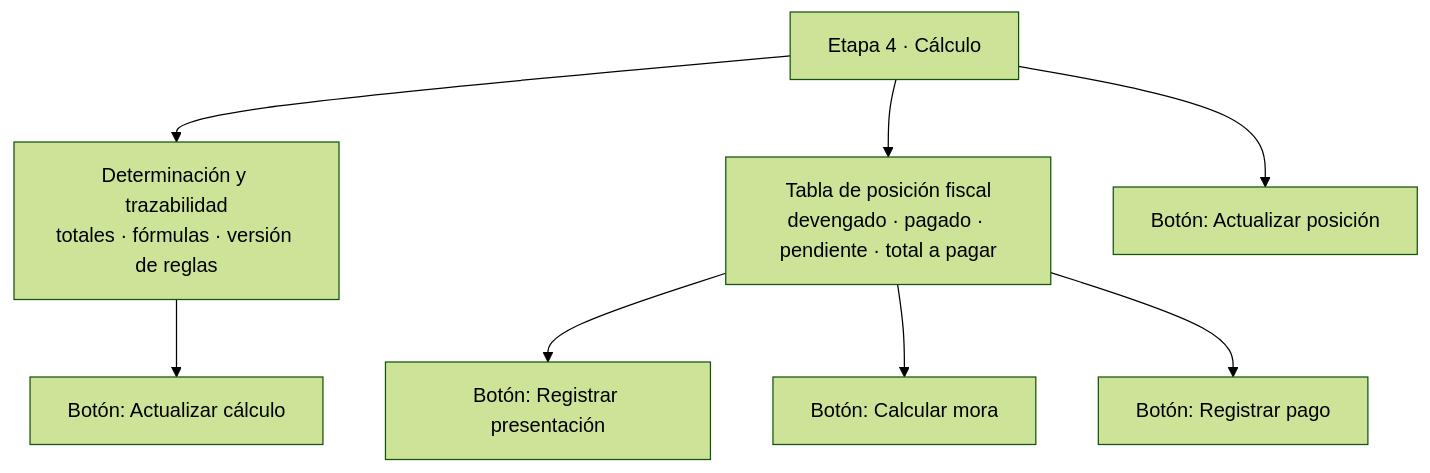
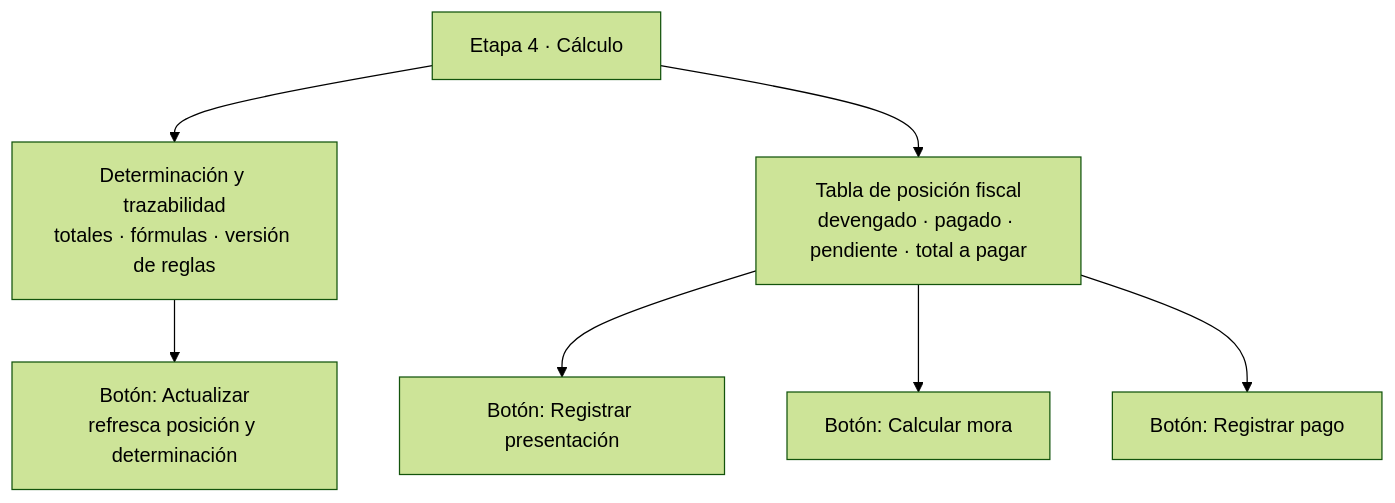
Before and after one commit to TataInti/contable: the sixth of 10 diagrams in docs/flujograma-expediente-mensual.md, drawn with Mermaid (forest theme). The commit also changed other lines of this file, not shown here.

````diff
--- a/docs/flujograma-expediente-mensual.md
+++ b/docs/flujograma-expediente-mensual.md
@@ -150,10 +151,9 @@
 ```mermaid
 flowchart TD
     A[Etapa 4 · Cálculo] --> B[Determinación y trazabilidad<br/>totales · fórmulas · versión de reglas]
-    B --> C[Botón: Actualizar cálculo]
+    B --> C[Botón: Actualizar<br/>refresca posición y determinación]
     A --> D[Tabla de posición fiscal<br/>devengado · pagado · pendiente · total a pagar]
     D --> E[Botón: Registrar presentación]
     D --> F[Botón: Calcular mora]
     D --> G[Botón: Registrar pago]
-    A --> H[Botón: Actualizar posición]
 ```
````
